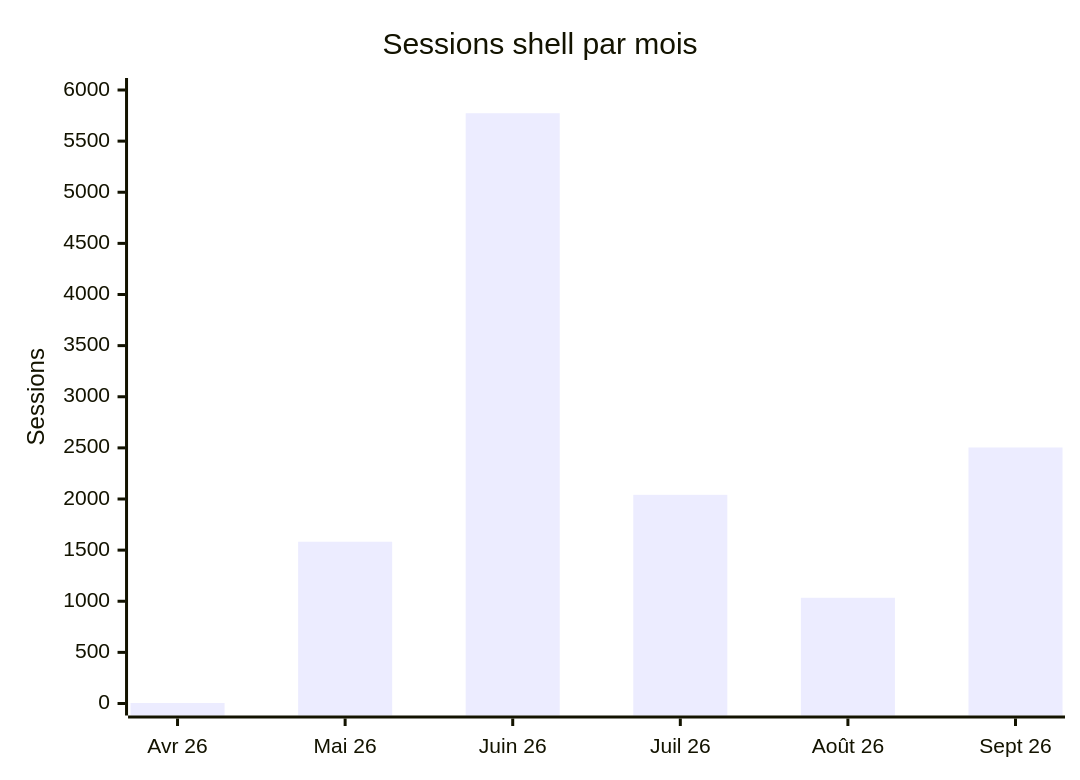
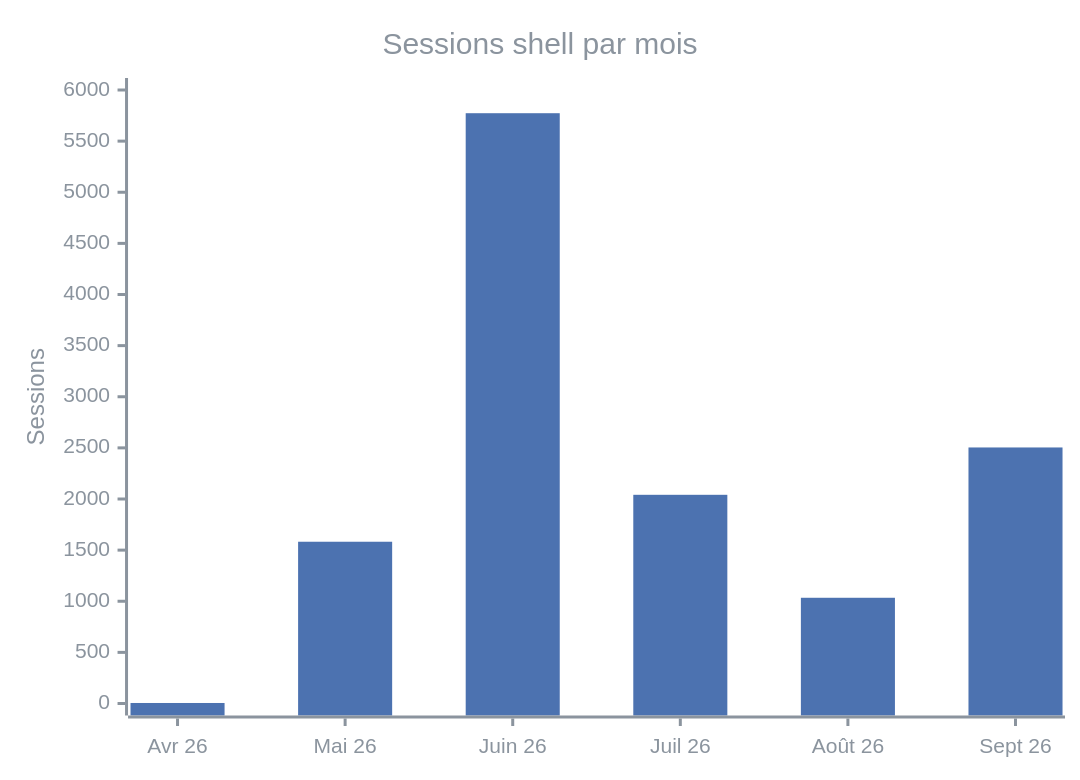
The second of 9 diagrams in writeup-fr.md (Vr00mm/honeypot-writeup), drawn with Mermaid before and after one commit. The commit also changed other lines of this file and 1 other file, not shown here.

First line of the commit message:
style: theme mermaid charts for light and dark mode

````diff
--- a/writeup-fr.md
+++ b/writeup-fr.md
@@ -174,7 +174,8 @@
 ```mermaid
+%%{init: {'theme':'base','themeVariables':{'xyChart':{'backgroundColor':'transparent','titleColor':'#8b949e','xAxisLabelColor':'#8b949e','xAxisTitleColor':'#8b949e','xAxisTickColor':'#8b949e','xAxisLineColor':'#8b949e','yAxisLabelColor':'#8b949e','yAxisTitleColor':'#8b949e','yAxisTickColor':'#8b949e','yAxisLineColor':'#8b949e','plotColorPalette':'#4C72B0'}}}}%%
 xychart-beta
     title "Sessions shell par mois"
     x-axis ["Avr 26", "Mai 26", "Juin 26", "Juil 26", "Août 26", "Sept 26"]
     y-axis "Sessions" 0 --> 6000
     bar [5, 1582, 5773, 2041, 1034, 2504]
 ```
````
